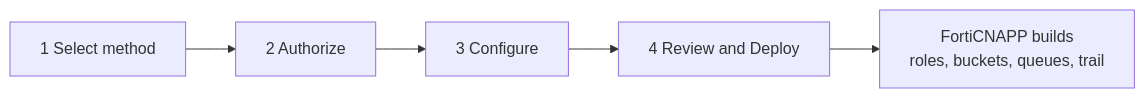
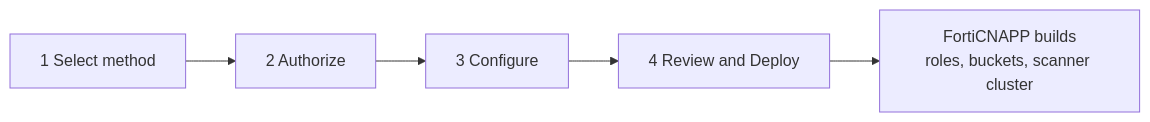
One commit to andrewbearsley/forticnapp-workshop-aws-automated changed the diagram in lab-03/README.md. Above: the diagram before and after it, drawn with Mermaid. The commit also changed other lines of this file and 8 other files, not shown here.

First line of the commit message:
Preflight pass: alert markup, a stale diagram, and a verified Lab 1 number

````diff
--- a/lab-03/README.md
+++ b/lab-03/README.md
@@ -12,7 +12,7 @@
 ```mermaid
 flowchart LR
     A[1 Select method] --> B[2 Authorize]
     B --> C[3 Configure]
     C --> D[4 Review and Deploy]
-    D --> E[FortiCNAPP builds<br/>roles, buckets, queues, trail]
+    D --> E[FortiCNAPP builds<br/>roles, buckets, scanner cluster]
 ```
````
